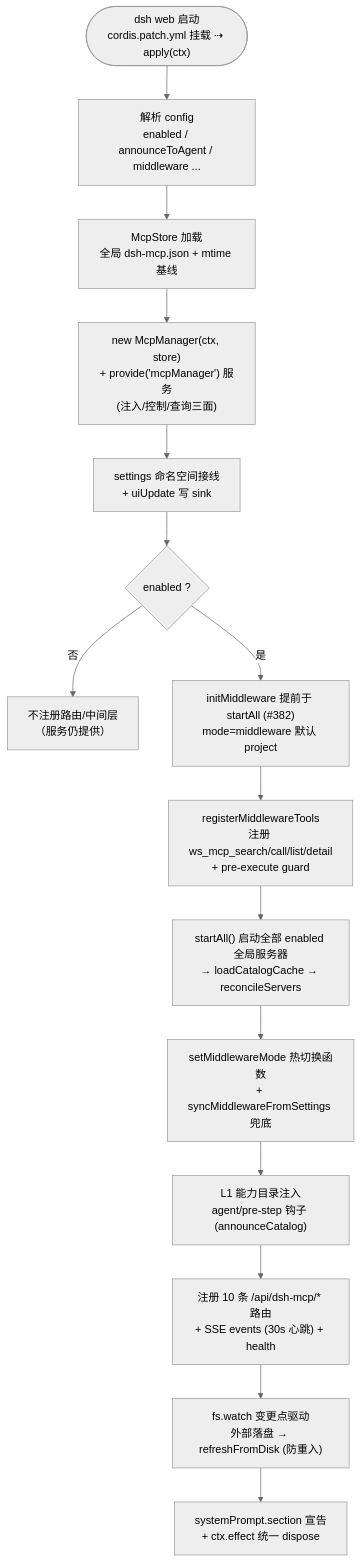
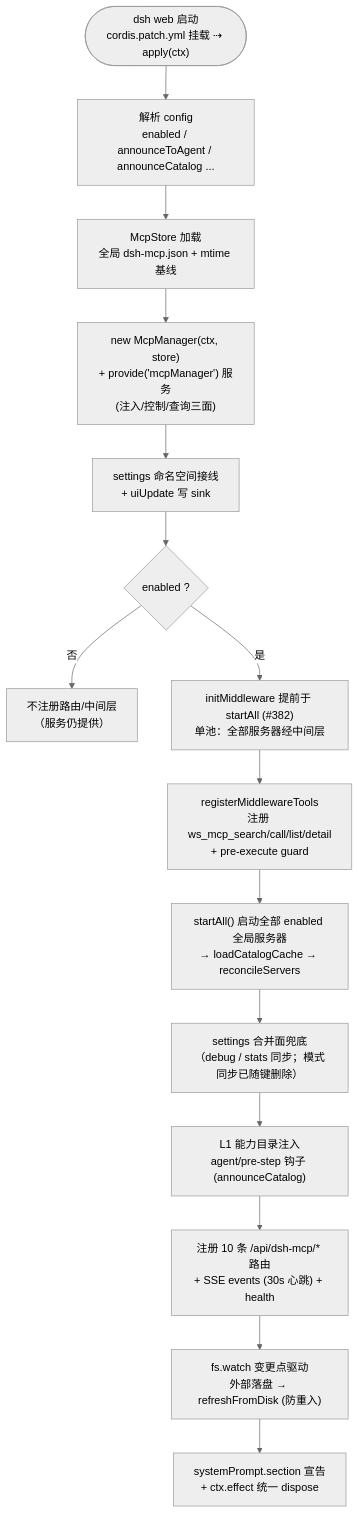
One commit to wingsky-1/dsh-plugin-hub changed the first of 4 diagrams in docs/architecture/dsh-mcp-manager.md. Above: the diagram before and after it, drawn with Mermaid (neutral theme). The commit also changed other lines of this file and 57 other files, not shown here.

````diff
--- a/docs/architecture/dsh-mcp-manager.md
+++ b/docs/architecture/dsh-mcp-manager.md
@@ -38,17 +39,17 @@
 ```mermaid
 flowchart TD
-    S(["dsh web 启动<br/>cordis.patch.yml 挂载 ⇢ apply(ctx)"]) --> A["解析 config<br/>enabled / announceToAgent / middleware ..."]
+    S(["dsh web 启动<br/>cordis.patch.yml 挂载 ⇢ apply(ctx)"]) --> A["解析 config<br/>enabled / announceToAgent / announceCatalog ..."]
     A --> B["McpStore 加载<br/>全局 dsh-mcp.json + mtime 基线"]
     B --> C["new McpManager(ctx, store)<br/>+ provide('mcpManager') 服务<br/>(注入/控制/查询三面)"]
     C --> D["settings 命名空间接线<br/>+ uiUpdate 写 sink"]
     D --> E{"enabled ?"}
     E -->|"否"| Z["不注册路由/中间层<br/>（服务仍提供）"]
-    E -->|"是"| F["initMiddleware 提前于 startAll (#382)<br/>mode=middleware 默认 project"]
+    E -->|"是"| F["initMiddleware 提前于 startAll (#382)<br/>单池：全部服务器经中间层"]
     F --> G["registerMiddlewareTools<br/>注册 ws_mcp_search/call/list/detail<br/>+ pre-execute guard"]
     G --> H["startAll() 启动全部 enabled 全局服务器<br/>→ loadCatalogCache → reconcileServers"]
-    H --> I["setMiddlewareMode 热切换函数<br/>+ syncMiddlewareFromSettings 兜底"]
+    H --> I["settings 合并面兜底<br/>（debug / stats 同步；模式同步已随键删除）"]
     I --> J["L1 能力目录注入<br/>agent/pre-step 钩子 (announceCatalog)"]
     J --> K["注册 10 条 /api/dsh-mcp/* 路由<br/>+ SSE events (30s 心跳) + health"]
     K --> L["fs.watch 变更点驱动<br/>外部落盘 → refreshFromDisk (防重入)"]
     L --> M["systemPrompt.section 宣告<br/>+ ctx.effect 统一 dispose"]
 ```
````
